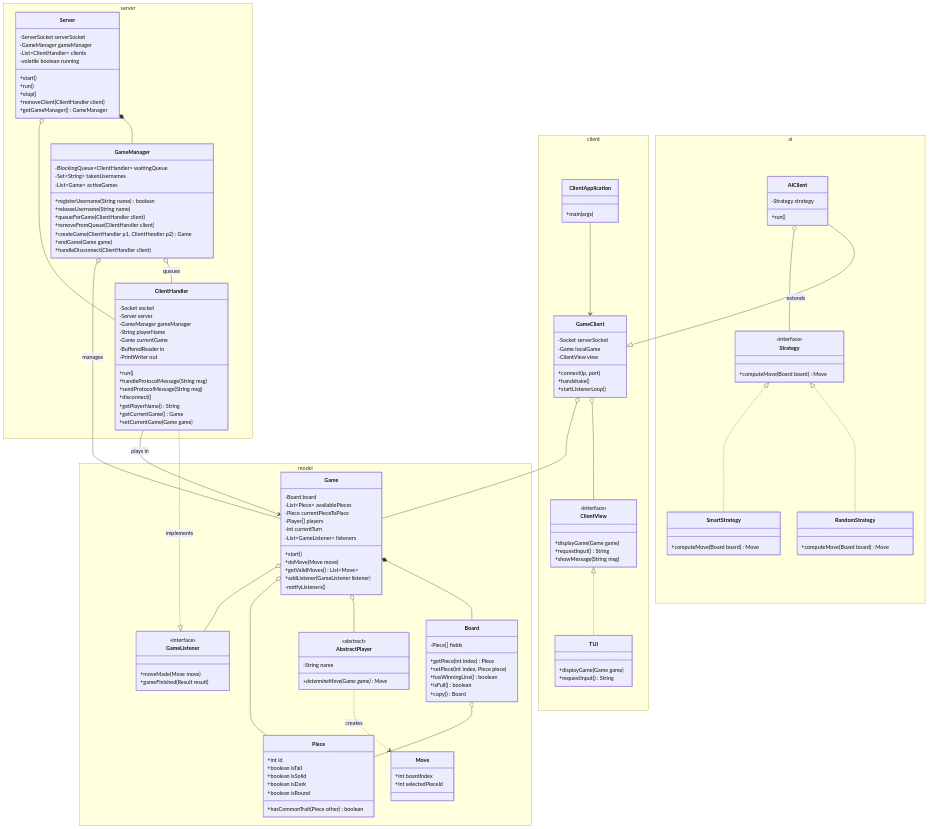
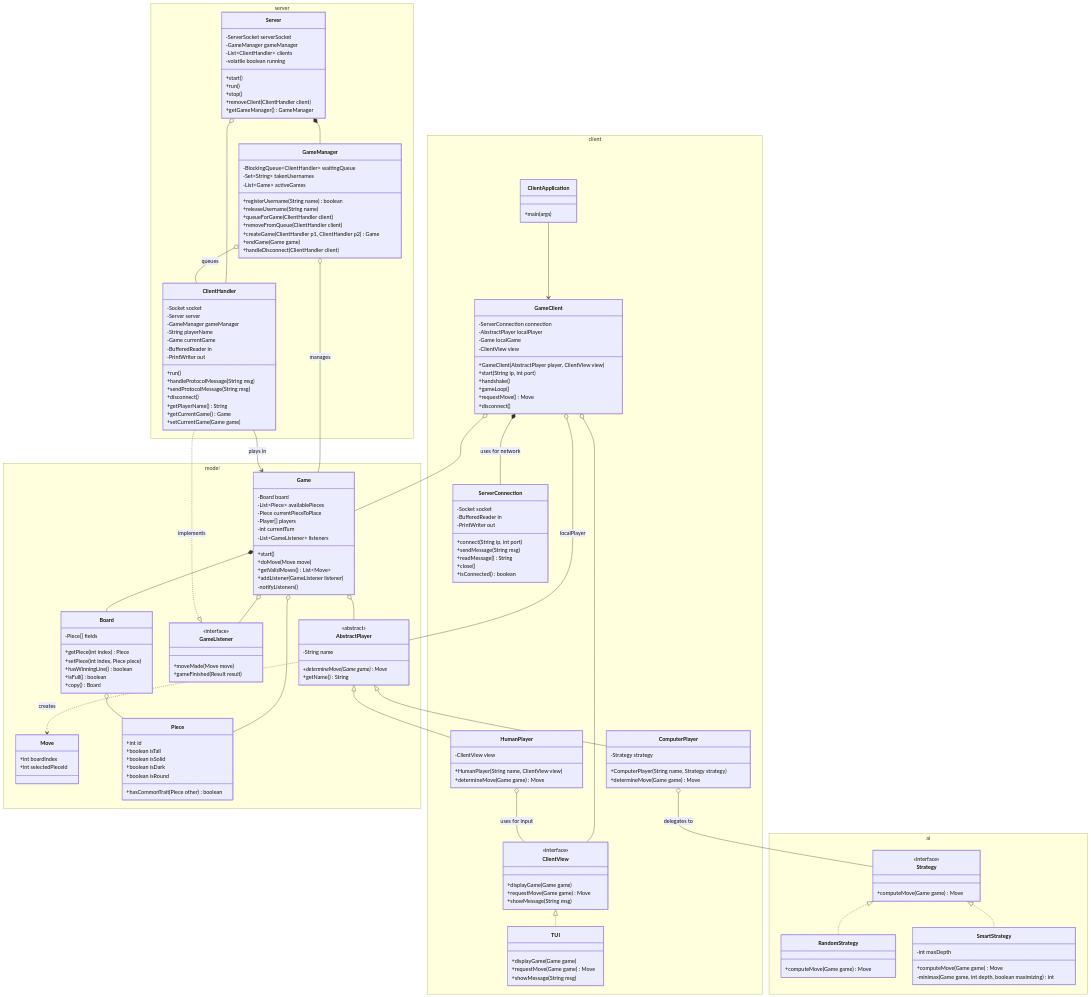
One commit to ramzxy/quarto changed the diagram in Diagrams/class_diagram.md. Above: the diagram before and after it, drawn with Mermaid. The commit also changed other lines of this file and 2 other files, not shown here.

Commit message:
update class diagram design

````diff
--- a/Diagrams/class_diagram.md
+++ b/Diagrams/class_diagram.md
@@ -51,6 +51,7 @@
             <<abstract>>
             -String name
             +determineMove(Game game)* Move
+            +getName() String
         }
     }
 
@@ -105,46 +106,71 @@
             +main(args)
         }
 
+        class ServerConnection {
+            -Socket socket
+            -BufferedReader in
+            -PrintWriter out
+            +connect(String ip, int port)
+            +sendMessage(String msg)
+            +readMessage() String
+            +close()
+            +isConnected() boolean
+        }
+
         class GameClient {
-            -Socket serverSocket
+            -ServerConnection connection
+            -AbstractPlayer localPlayer
             -Game localGame
             -ClientView view
-            +connect(ip, port)
+            +GameClient(AbstractPlayer player, ClientView view)
+            +start(String ip, int port)
             +handshake()
-            +startListenerLoop()
+            +gameLoop()
+            +requestMove() Move
+            +disconnect()
+        }
+
+        class HumanPlayer {
+            -ClientView view
+            +HumanPlayer(String name, ClientView view)
+            +determineMove(Game game) Move
+        }
+
+        class ComputerPlayer {
+            -Strategy strategy
+            +ComputerPlayer(String name, Strategy strategy)
+            +determineMove(Game game) Move
         }
 
         class ClientView {
             <<interface>>
             +displayGame(Game game)
-            +requestInput() String
+            +requestMove(Game game) Move
             +showMessage(String msg)
         }
 
         class TUI {
             +displayGame(Game game)
-            +requestInput() String
+            +requestMove(Game game) Move
+            +showMessage(String msg)
         }
     }
 
-    %% --- AI Components ---
+    %% --- AI Strategies ---
     namespace ai {
-        class AIClient {
-            -Strategy strategy
-            +run()
-        }
-
         class Strategy {
             <<interface>>
-            +computeMove(Board board) Move
+            +computeMove(Game game) Move
         }
 
         class RandomStrategy {
-            +computeMove(Board board) Move
+            +computeMove(Game game) Move
         }
 
         class SmartStrategy {
-            +computeMove(Board board) Move
+            -int maxDepth
+            +computeMove(Game game) Move
+            -minimax(Game game, int depth, boolean maximizing) int
         }
     }
 
@@ -166,13 +192,21 @@
 
     %% Client Relationships
     ClientApplication --> GameClient
+    GameClient *-- ServerConnection : uses for network
+    GameClient o-- AbstractPlayer : localPlayer
     GameClient o-- ClientView
     GameClient o-- Game
+
+    %% Player Inheritance (extends AbstractPlayer from model)
+    AbstractPlayer <|-- HumanPlayer
+    AbstractPlayer <|-- ComputerPlayer
+    HumanPlayer o-- ClientView : uses for input
+    ComputerPlayer o-- Strategy : delegates to
+
+    %% View Implementation
     ClientView <|.. TUI
 
-    %% AI Relationships
-    AIClient --|> GameClient : extends
-    AIClient o-- Strategy
+    %% Strategy Implementations
     Strategy <|.. RandomStrategy
     Strategy <|.. SmartStrategy
 ```
````
